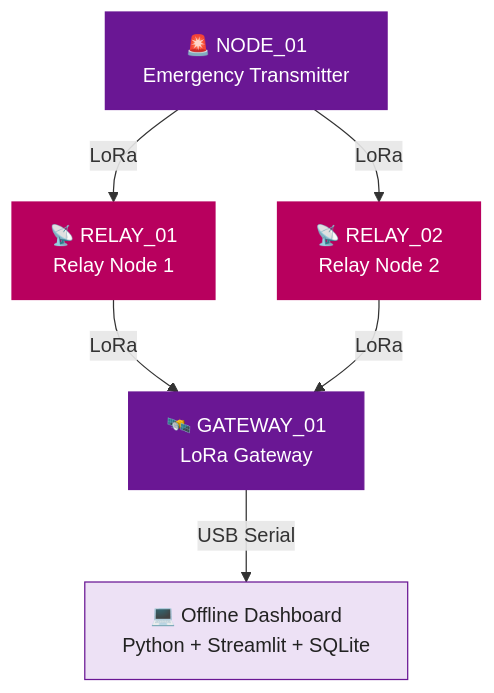
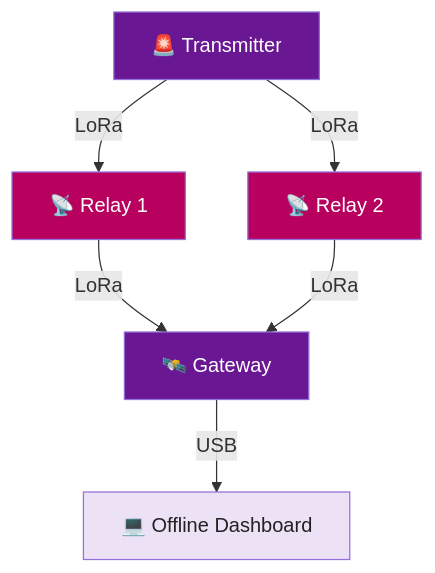
The diagram in Hardware/Connections.md (dhairyasukhramani2007-commits/ResQMesh), drawn with Mermaid before and after one commit. The commit also changed other lines of this file, not shown here.

````diff
--- a/Hardware/Connections.md
+++ b/Hardware/Connections.md
@@ -37,20 +121,20 @@
 ```mermaid
 flowchart TD
-    A["🚨 NODE_01<br/>Emergency Transmitter"]
-    B["📡 RELAY_01<br/>Relay Node 1"]
-    C["📡 RELAY_02<br/>Relay Node 2"]
-    D["🛰️ GATEWAY_01<br/>LoRa Gateway"]
-    E["💻 Offline Dashboard<br/>Python + Streamlit + SQLite"]
+    A["🚨 Transmitter"]
+    B["📡 Relay 1"]
+    C["📡 Relay 2"]
+    D["🛰️ Gateway"]
+    E["💻 Offline Dashboard"]
 
-    A -->|"LoRa"| B
-    A -->|"LoRa"| C
-    B -->|"LoRa"| D
-    C -->|"LoRa"| D
-    D -->|"USB Serial"| E
+    A -->|LoRa| B
+    A -->|LoRa| C
+    B -->|LoRa| D
+    C -->|LoRa| D
+    D -->|USB| E
 
-    style A fill:#6a1794,color:#fff,stroke:#6a1794
-    style B fill:#b8005e,color:#fff,stroke:#b8005e
-    style C fill:#b8005e,color:#fff,stroke:#b8005e
-    style D fill:#6a1794,color:#fff,stroke:#6a1794
-    style E fill:#ede1f5,color:#222,stroke:#6a1794
+    style A fill:#6a1794,color:#fff
+    style B fill:#b8005e,color:#fff
+    style C fill:#b8005e,color:#fff
+    style D fill:#6a1794,color:#fff
+    style E fill:#ede1f5,color:#222
 ```
````
